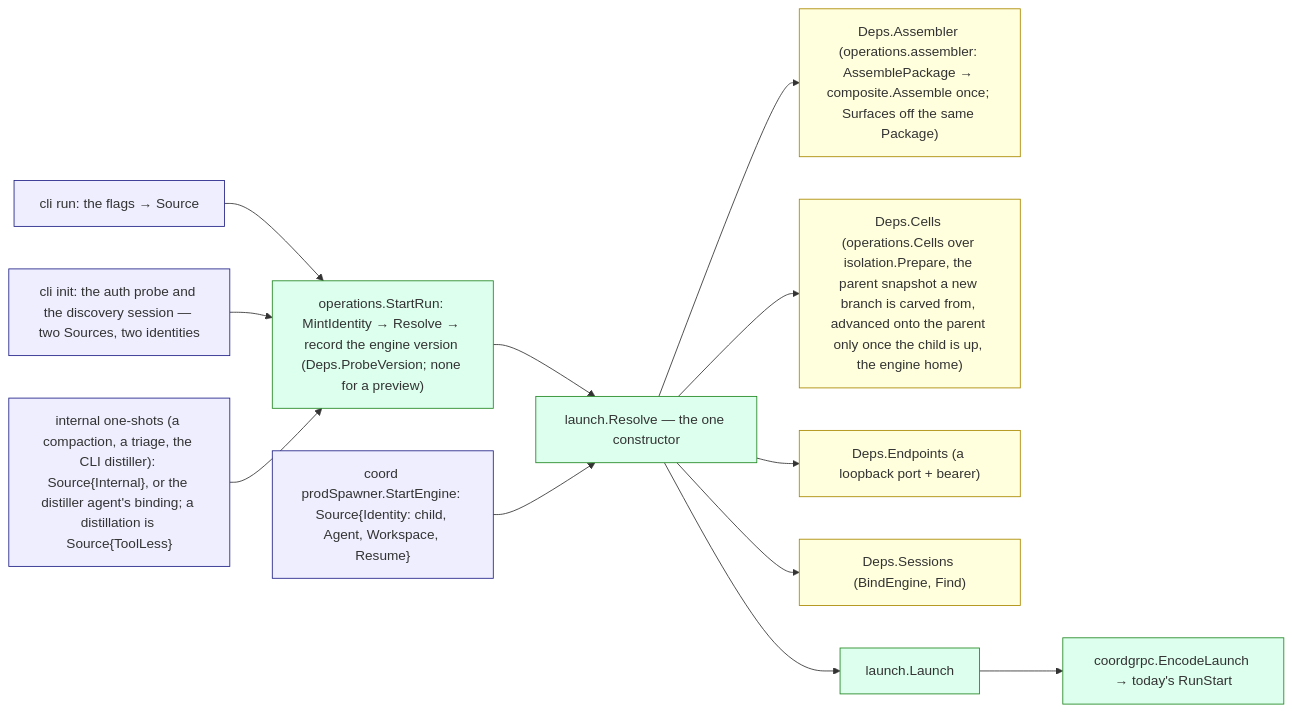
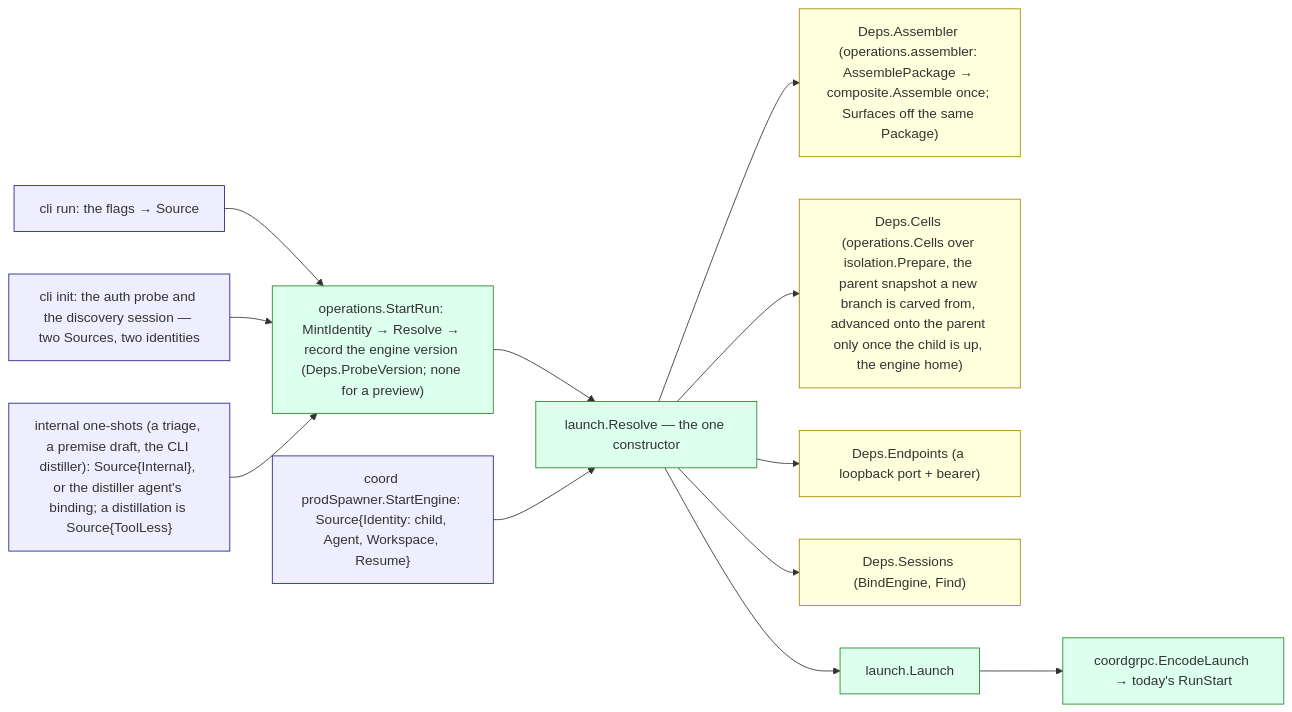
One commit to ctxloom/ctxloom changed the diagram in docs/architecture/core/launch.md. Above: the diagram before and after it, drawn with Mermaid. The commit also changed other lines of this file and 55 other files, not shown here.

First line of the commit message:
docs: session compaction removed — release notes, guides, architecture

````diff
--- a/docs/architecture/core/launch.md
+++ b/docs/architecture/core/launch.md
@@ -20,22 +20,22 @@
 ```mermaid
 flowchart LR
   classDef src fill:#eef,stroke:#228
   classDef core fill:#dfe,stroke:#282
   classDef port fill:#ffd,stroke:#a80
   RUN["cli run: the flags → Source"]:::src
   INIT["cli init: the auth probe and the discovery session — two Sources, two identities"]:::src
-  ONE["internal one-shots (a compaction, a triage, the CLI distiller): Source{Internal}, or the distiller agent's binding; a distillation is Source{ToolLess}"]:::src
+  ONE["internal one-shots (a triage, a premise draft, the CLI distiller): Source{Internal}, or the distiller agent's binding; a distillation is Source{ToolLess}"]:::src
   SPAWN["coord prodSpawner.StartEngine: Source{Identity: child, Agent, Workspace, Resume}"]:::src
   START["operations.StartRun: MintIdentity → Resolve → record the engine version (Deps.ProbeVersion; none for a preview)"]:::core
   RES["launch.Resolve — the one constructor"]:::core
   ASM["Deps.Assembler (operations.assembler: AssemblePackage → composite.Assemble once; Surfaces off the same Package)"]:::port
   CELLS["Deps.Cells (operations.Cells over isolation.Prepare, the parent snapshot a new branch is carved from, advanced onto the parent only once the child is up, the engine home)"]:::port
   EPM["Deps.Endpoints (a loopback port + bearer)"]:::port
   STORE["Deps.Sessions (BindEngine, Find)"]:::port
   L["launch.Launch"]:::core
   ENC["coordgrpc.EncodeLaunch → today's RunStart"]:::core
   RUN & INIT & ONE --> START --> RES
   SPAWN --> RES
   RES --> ASM & CELLS & EPM & STORE
   RES --> L --> ENC
 ```
````
